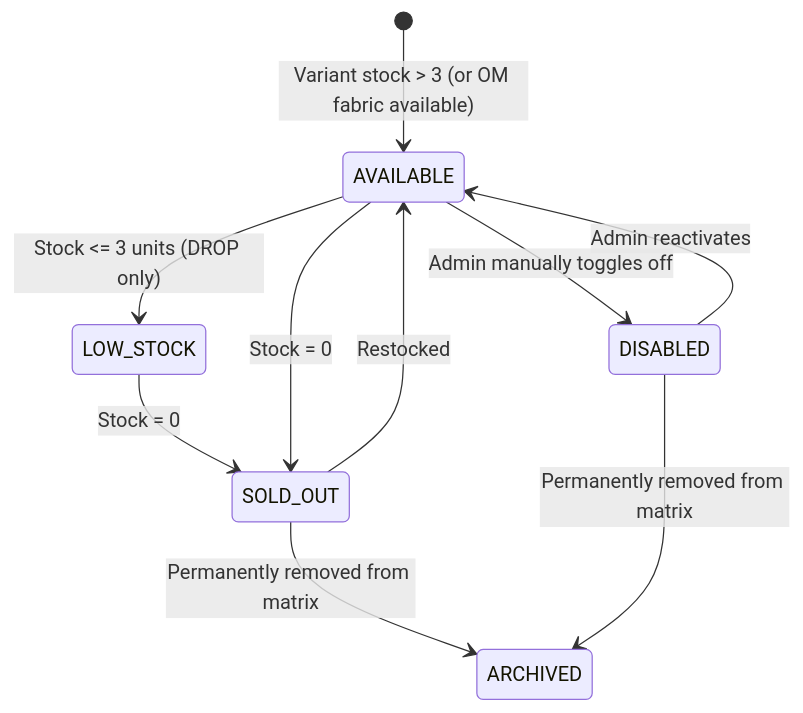
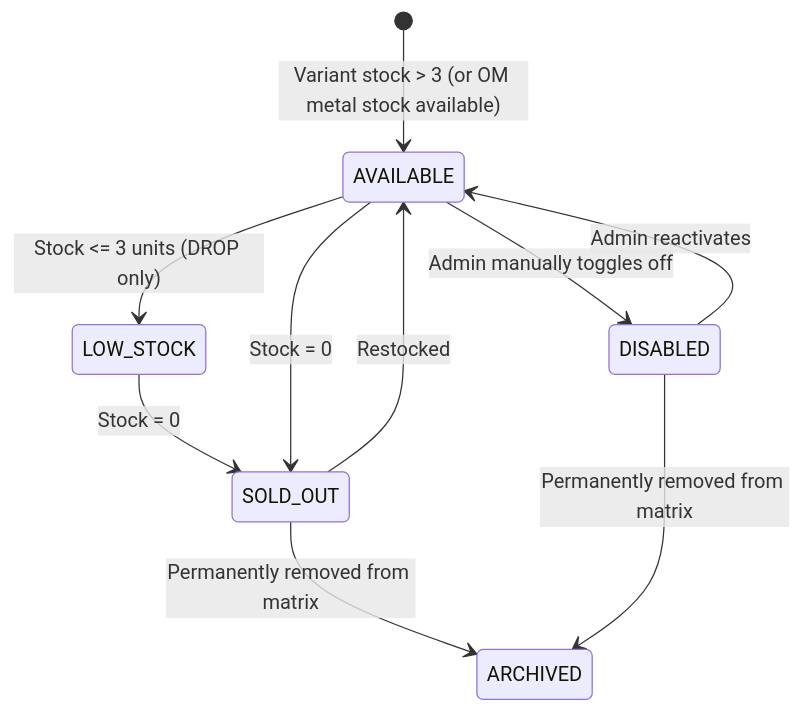
One commit to Sarthak2233/Jeanius changed the fifth of 10 diagrams in docs/product/PRODUCT-CONTRACT.md. Above: the diagram before and after it, drawn with Mermaid. The commit also changed other lines of this file and 145 other files, not shown here.

````diff
--- a/docs/product/PRODUCT-CONTRACT.md
+++ b/docs/product/PRODUCT-CONTRACT.md
@@ -283,12 +266,12 @@
 ```mermaid
 stateDiagram-v2
-    [*] --> AVAILABLE: Variant stock > 3 (or OM fabric available)
+    [*] --> AVAILABLE: Variant stock > 3 (or OM metal stock available)
     AVAILABLE --> LOW_STOCK: Stock <= 3 units (DROP only)
     LOW_STOCK --> SOLD_OUT: Stock = 0
     AVAILABLE --> SOLD_OUT: Stock = 0
     AVAILABLE --> DISABLED: Admin manually toggles off
     DISABLED --> AVAILABLE: Admin reactivates
     SOLD_OUT --> AVAILABLE: Restocked
     SOLD_OUT --> ARCHIVED: Permanently removed from matrix
     DISABLED --> ARCHIVED: Permanently removed from matrix
 ```
````
